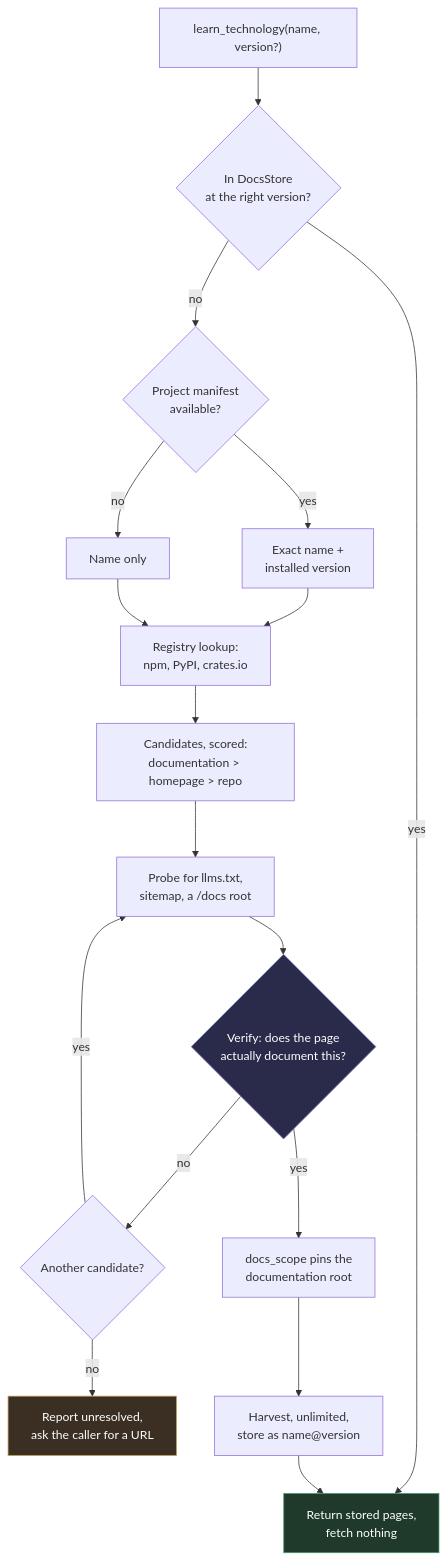
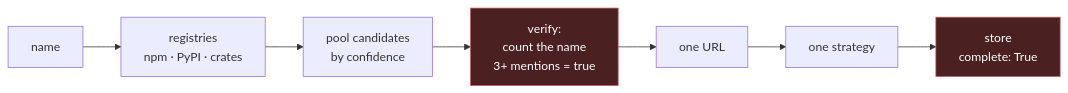
Before and after one commit to R204570/DocsForge: the first of 2 diagrams in PROPOSAL.md, drawn with Mermaid. The commit also changed other lines of this file and 1 other file, not shown here.

````diff
--- a/PROPOSAL.md
+++ b/PROPOSAL.md
@@ -113,28 +43,12 @@
 ```mermaid
-flowchart TD
-    Q["learn_technology(name, version?)"] --> S{"In DocsStore<br/>at the right version?"}
-    S -- yes --> R["Return stored pages,<br/>fetch nothing"]
+flowchart LR
+    N["name"] --> R["registries<br/>npm · PyPI · crates"]
+    R --> P["pool candidates<br/>by confidence"]
+    P --> V["verify:<br/>count the name<br/>3+ mentions = true"]
+    V --> U["one URL"]
+    U --> S["one strategy"]
+    S --> ST["store<br/>complete: True"]
 
-    S -- no --> M{"Project manifest<br/>available?"}
-    M -- yes --> MV["Exact name +<br/>installed version"]
-    M -- no --> MN["Name only"]
-
-    MV --> RG["Registry lookup:<br/>npm, PyPI, crates.io"]
-    MN --> RG
-    RG --> CAND["Candidates, scored:<br/>documentation &gt; homepage &gt; repo"]
-
-    CAND --> PROBE["Probe for llms.txt,<br/>sitemap, a /docs root"]
-    PROBE --> V{"Verify: does the page<br/>actually document this?"}
-
-    V -- no --> NEXT{"Another candidate?"}
-    NEXT -- yes --> PROBE
-    NEXT -- no --> FAIL["Report unresolved,<br/>ask the caller for a URL"]
-
-    V -- yes --> SCOPE["docs_scope pins the<br/>documentation root"]
-    SCOPE --> H["Harvest, unlimited,<br/>store as name@version"]
-    H --> R
-
-    style R fill:#1f3a2b,stroke:#4a9a6a,color:#fff
-    style FAIL fill:#3a2f22,stroke:#c09a5a,color:#fff
-    style V fill:#2a2a4a,stroke:#7a7ac0,color:#fff
+    style V fill:#4a2020,stroke:#c06060,color:#fff
+    style ST fill:#4a2020,stroke:#c06060,color:#fff
 ```
````
